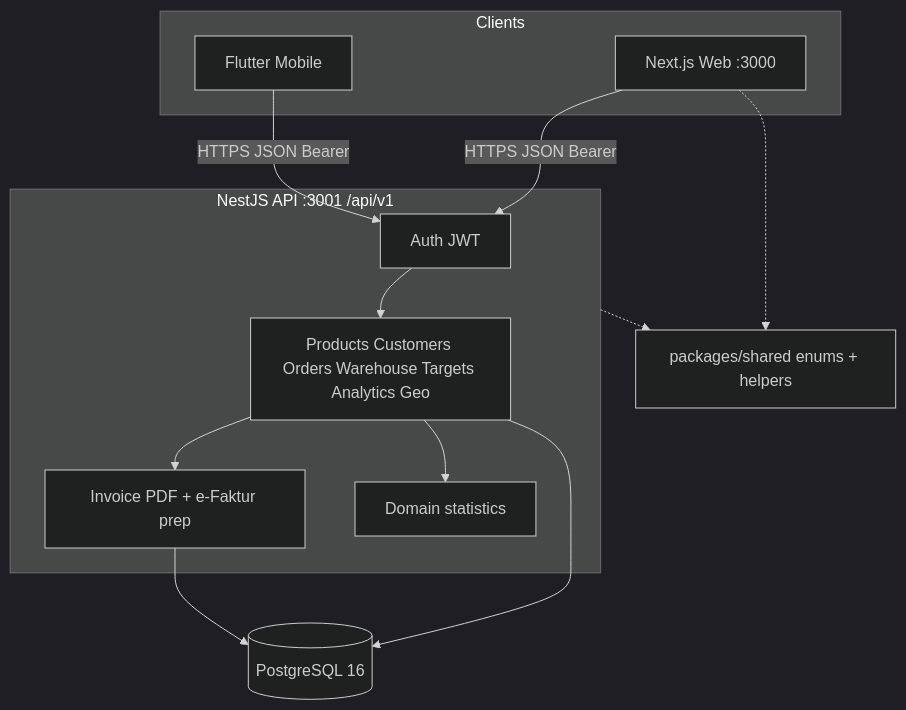
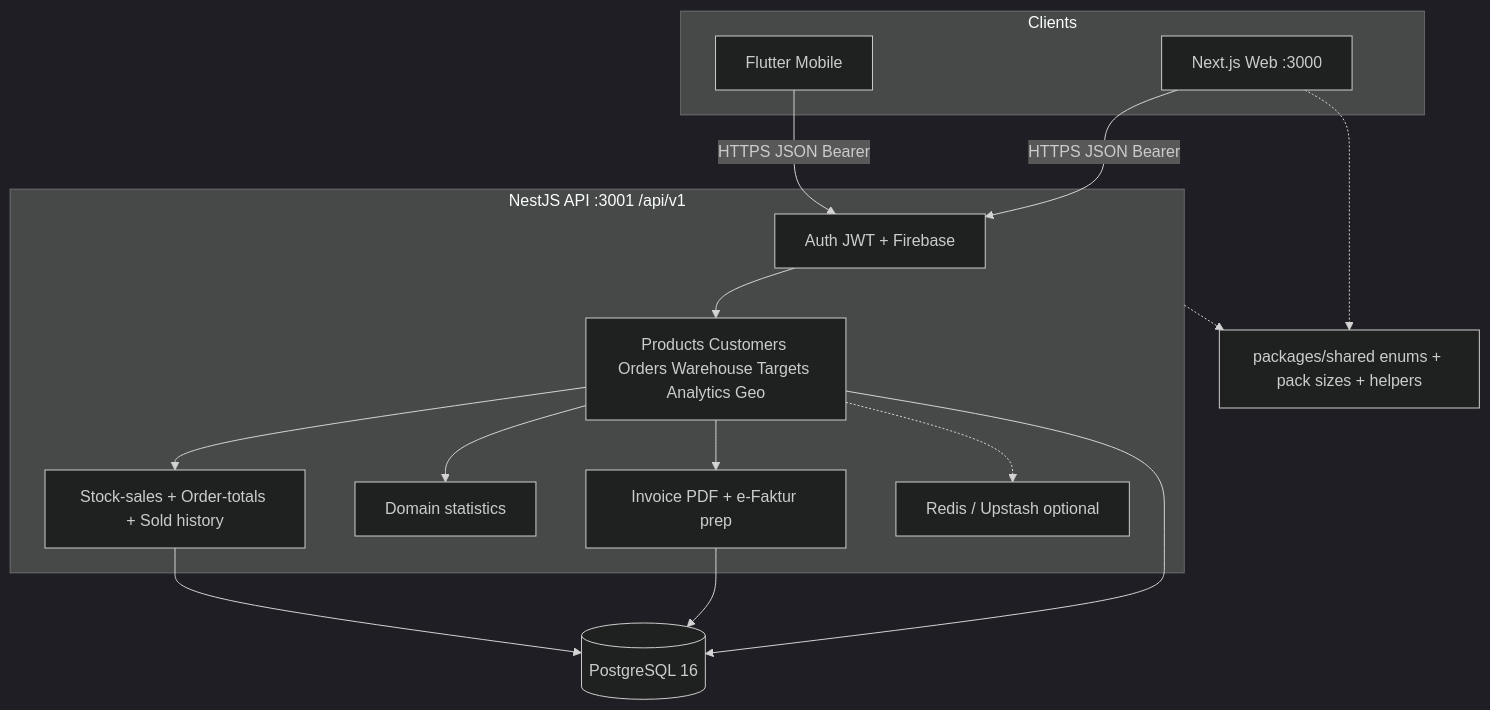
Before and after one commit to RifqiMT/umkm-hub: the diagram in docs/ARCHITECTURE.md, drawn with Mermaid (dark theme). The commit also changed other lines of this file and 94 other files, not shown here.

First line of the commit message:
Release UMKM Hub v1.5.251: stock & sales analytics, warehouse sales, and pack sizes

````diff
--- a/docs/ARCHITECTURE.md
+++ b/docs/ARCHITECTURE.md
@@ -13,27 +13,32 @@
 ```mermaid
 flowchart TB
   subgraph Clients
     Web[Next.js Web :3000]
     Mobile[Flutter Mobile]
   end
 
   subgraph API["NestJS API :3001 /api/v1"]
-    Auth[Auth JWT]
+    Auth[Auth JWT + Firebase]
     Domain[Products Customers Orders Warehouse Targets Analytics Geo]
     Invoice[Invoice PDF + e-Faktur prep]
     Stats[Domain statistics]
+    Insights[Stock-sales + Order-totals + Sold history]
+    Cache[Redis / Upstash optional]
   end
 
   DB[(PostgreSQL 16)]
-  Shared["packages/shared enums + helpers"]
+  Shared["packages/shared enums + pack sizes + helpers"]
 
   Web -->|HTTPS JSON Bearer| Auth
   Mobile -->|HTTPS JSON Bearer| Auth
   Auth --> Domain
   Domain --> Invoice
   Domain --> Stats
+  Domain --> Insights
   Domain --> DB
   Invoice --> DB
+  Insights --> DB
+  Domain -.-> Cache
   Web -.-> Shared
   API -.-> Shared
 ```
````
